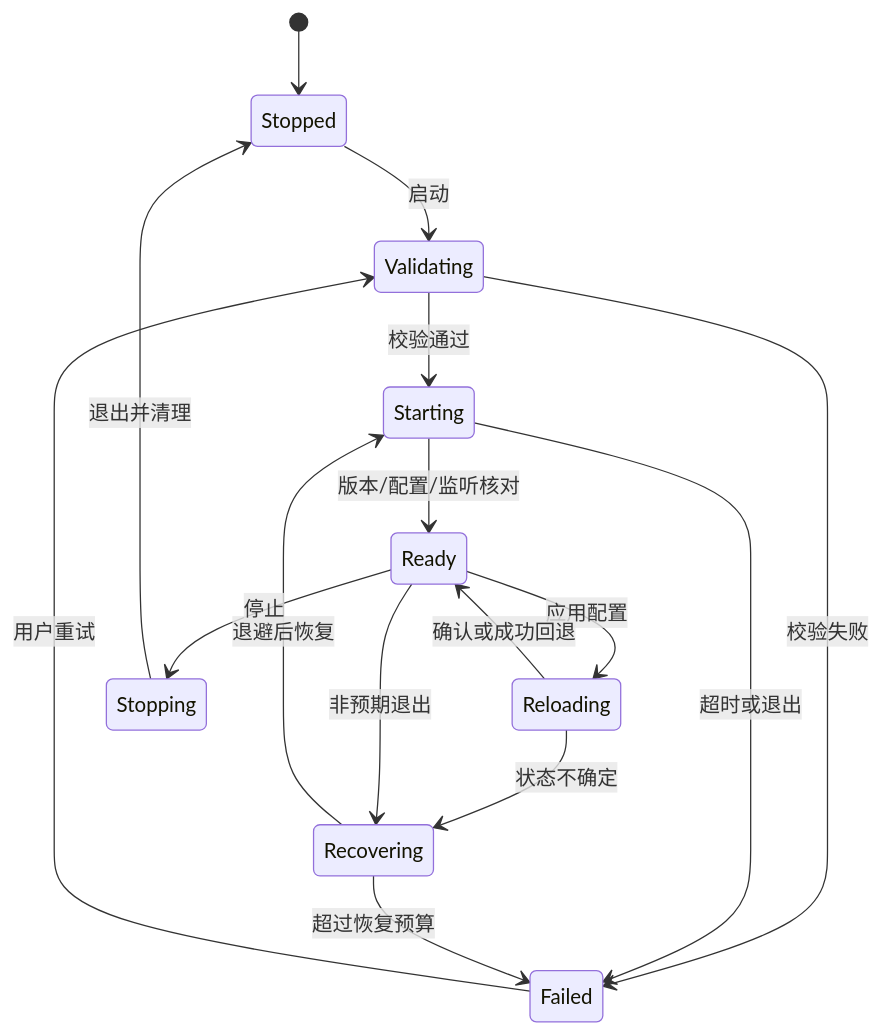
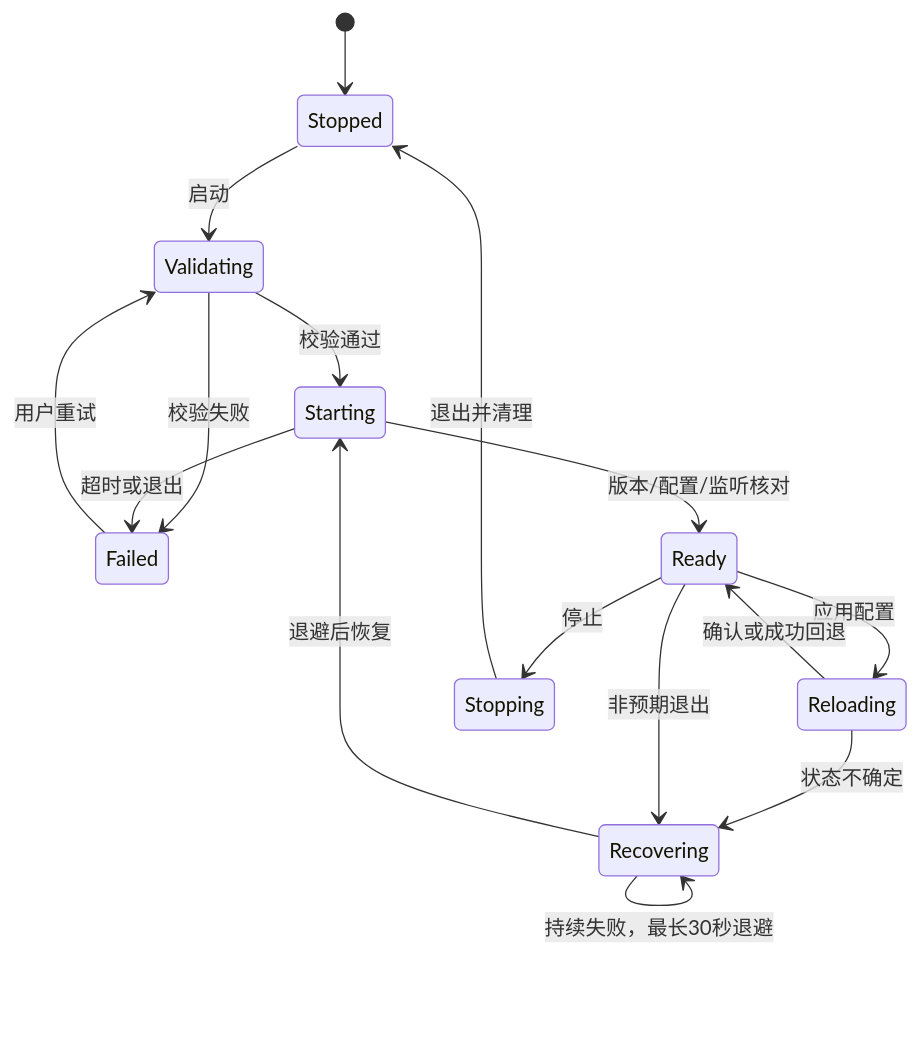
Before and after one commit to junliangdg/quick-clash: the diagram in docs/design/05-内核生命周期与控制API.md, drawn with Mermaid. The commit also changed other lines of this file and 255 other files, not shown here.

````diff
--- a/docs/design/05-内核生命周期与控制API.md
+++ b/docs/design/05-内核生命周期与控制API.md
@@ -21,18 +23,18 @@
 ```mermaid
 stateDiagram-v2
     [*] --> Stopped
     Stopped --> Validating: 启动
     Validating --> Starting: 校验通过
     Validating --> Failed: 校验失败
     Starting --> Ready: 版本/配置/监听核对
     Starting --> Failed: 超时或退出
     Ready --> Reloading: 应用配置
     Reloading --> Ready: 确认或成功回退
     Reloading --> Recovering: 状态不确定
     Ready --> Recovering: 非预期退出
     Recovering --> Starting: 退避后恢复
-    Recovering --> Failed: 超过恢复预算
+    Recovering --> Recovering: 持续失败，最长30秒退避
     Ready --> Stopping: 停止
     Stopping --> Stopped: 退出并清理
     Failed --> Validating: 用户重试
 ```
````
